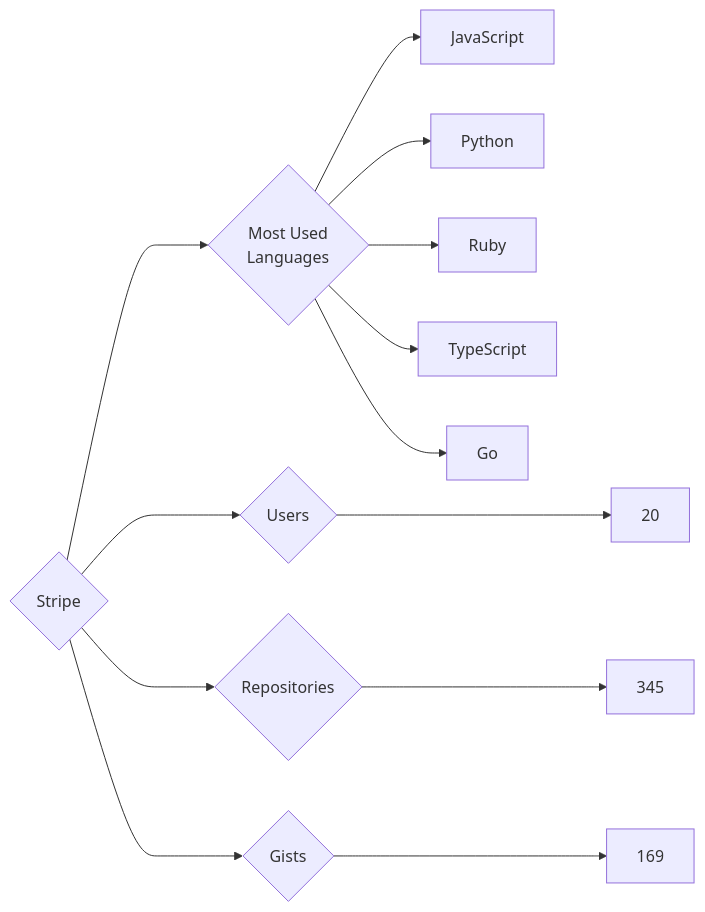
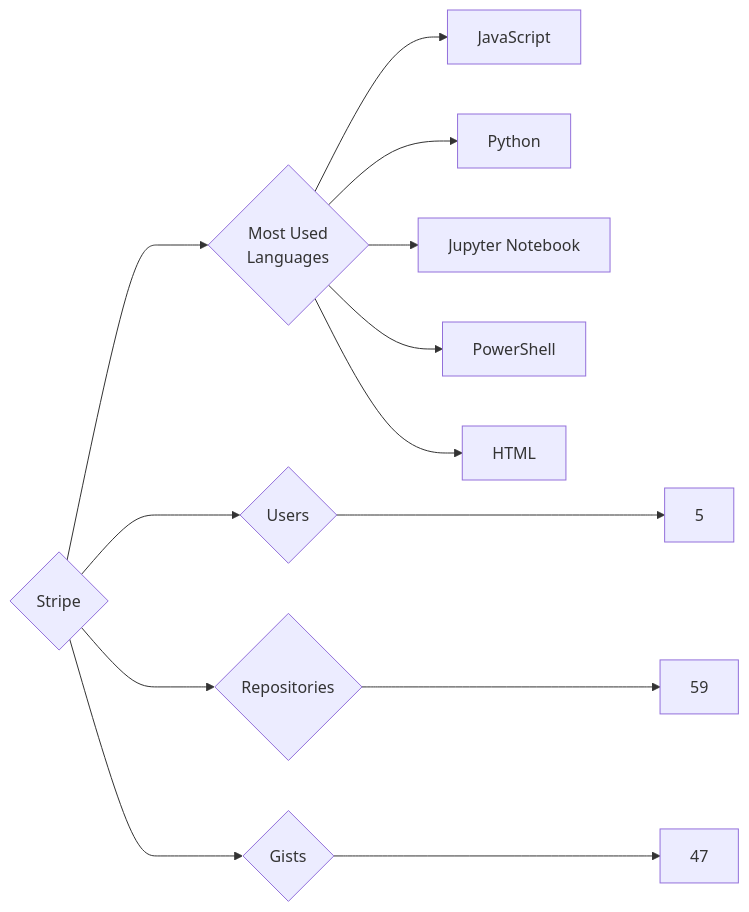
One commit to trickest/insiders changed the diagram in targets/Stripe/README.md. Above: the diagram before and after it, drawn with Mermaid. The commit also changed 953 other files, not shown here.

````diff
--- a/targets/Stripe/README.md
+++ b/targets/Stripe/README.md
@@ -3,13 +3,13 @@
 ```mermaid
 graph LR
 COMPANY_NAME{Stripe}
-COMPANY_NAME ---> U{Users} ---> UN[20]
-COMPANY_NAME ---> R{Repositories} ---> RN[345]
-COMPANY_NAME ---> G{Gists} ---> GN[169]
+COMPANY_NAME ---> U{Users} ---> UN[5]
+COMPANY_NAME ---> R{Repositories} ---> RN[59]
+COMPANY_NAME ---> G{Gists} ---> GN[47]
 COMPANY_NAME ---> ML{Most Used<br>Languages}
 ML --> JavaScript[JavaScript]
 ML --> Python[Python]
-ML --> Ruby[Ruby]
-ML --> TypeScript[TypeScript]
-ML --> Go[Go]
+ML --> Jupyter_Notebook[Jupyter Notebook]
+ML --> PowerShell[PowerShell]
+ML --> HTML[HTML]
 ```
````
